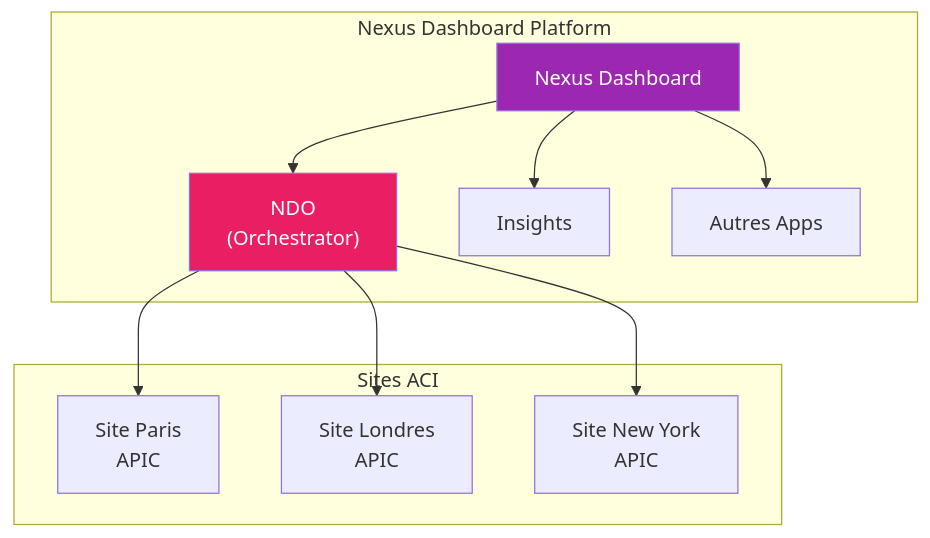
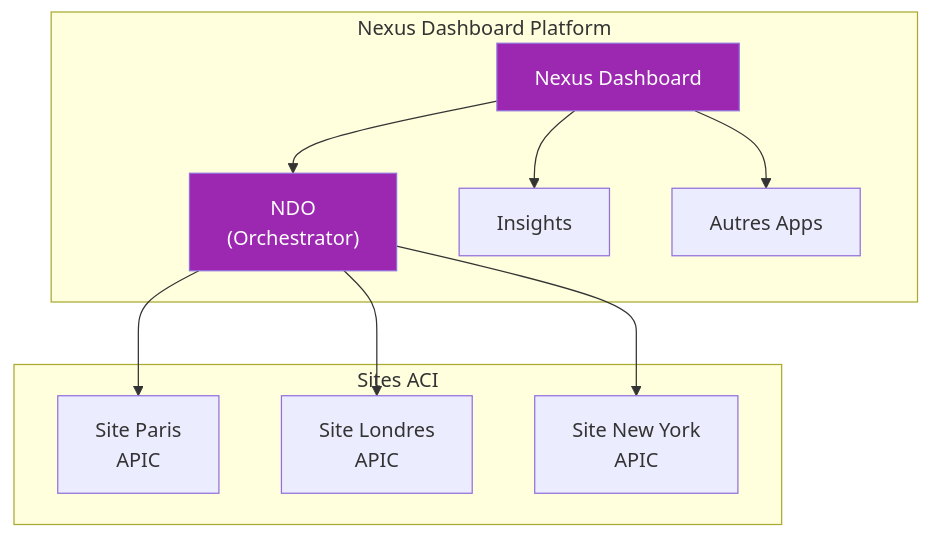
The third of 5 diagrams in docs/formations/terraform-aci/09-module.md (VBlackJack/ShellBook), drawn with Mermaid before and after one commit. The commit also changed other lines of this file and 337 other files, not shown here.

First line of the commit message:
refactor(docs): Standardize code blocks and Mermaid colors

````diff
--- a/docs/formations/terraform-aci/09-module.md
+++ b/docs/formations/terraform-aci/09-module.md
@@ -109,26 +109,26 @@
 ```mermaid
 graph TB
     subgraph "Nexus Dashboard Platform"
         ND["Nexus Dashboard"]
         NDO["NDO<br/>(Orchestrator)"]
         NI["Insights"]
         OTHER["Autres Apps"]
 
         ND --> NDO
         ND --> NI
         ND --> OTHER
     end
 
     subgraph "Sites ACI"
         SITE1["Site Paris<br/>APIC"]
         SITE2["Site Londres<br/>APIC"]
         SITE3["Site New York<br/>APIC"]
     end
 
     NDO --> SITE1
     NDO --> SITE2
     NDO --> SITE3
 
-    style NDO fill:#e91e63,color:#fff
+    style NDO fill:#9C27B0,color:#fff
     style ND fill:#9c27b0,color:#fff
 ```
````
